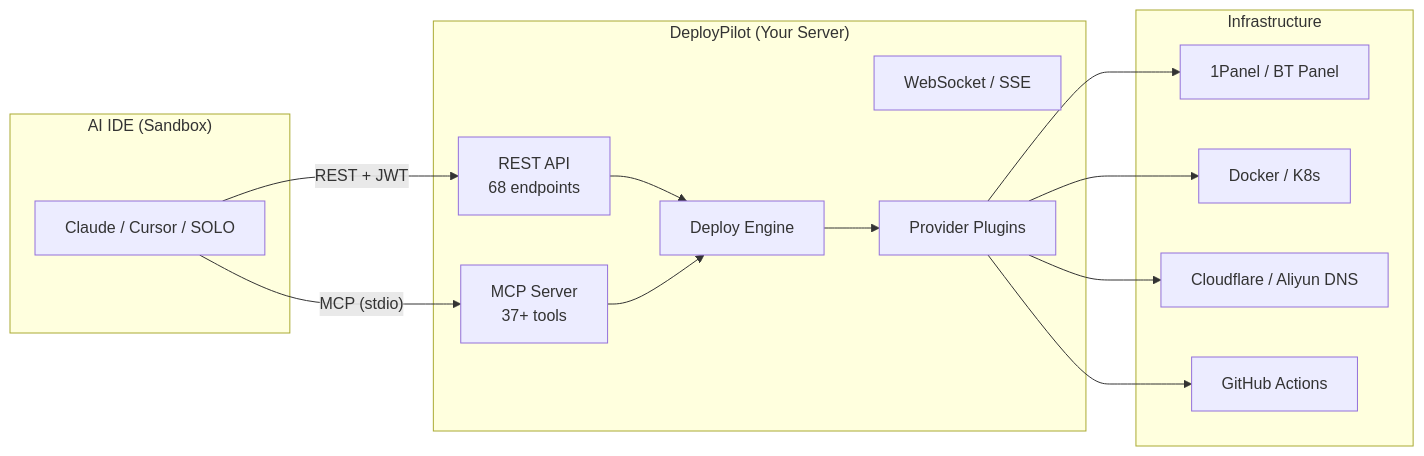
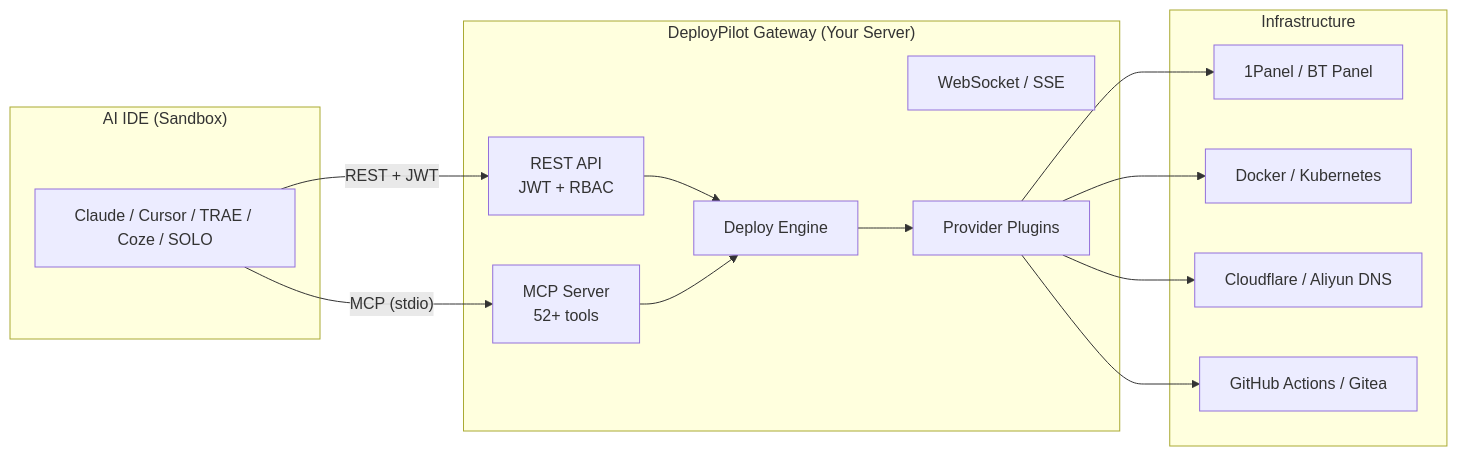
One commit to Yogdunana/deploypilot changed the diagram in README.md. Above: the diagram before and after it, drawn with Mermaid. The commit also changed other lines of this file and 33 other files, not shown here.

````diff
--- a/README.md
+++ b/README.md
@@ -111,31 +113,31 @@
 ```mermaid
 graph LR
     subgraph "AI IDE (Sandbox)"
-        A[Claude / Cursor / SOLO]
+        A[Claude / Cursor / TRAE / Coze / SOLO]
     end
 
-    subgraph "DeployPilot (Your Server)"
-        B[MCP Server<br>37+ tools]
-        C[REST API<br>68 endpoints]
+    subgraph "DeployPilot Gateway (Your Server)"
+        B[MCP Server<br>52+ tools]
+        C[REST API<br>JWT + RBAC]
         D[WebSocket / SSE]
         E[Deploy Engine]
         F[Provider Plugins]
     end
 
     subgraph "Infrastructure"
         G[1Panel / BT Panel]
-        H[Docker / K8s]
+        H[Docker / Kubernetes]
         I[Cloudflare / Aliyun DNS]
-        J[GitHub Actions]
+        J[GitHub Actions / Gitea]
     end
 
     A -- "MCP (stdio)" --> B
     A -- "REST + JWT" --> C
     C --> E
     B --> E
     E --> F
     F --> G
     F --> H
     F --> I
     F --> J
 ```
````
